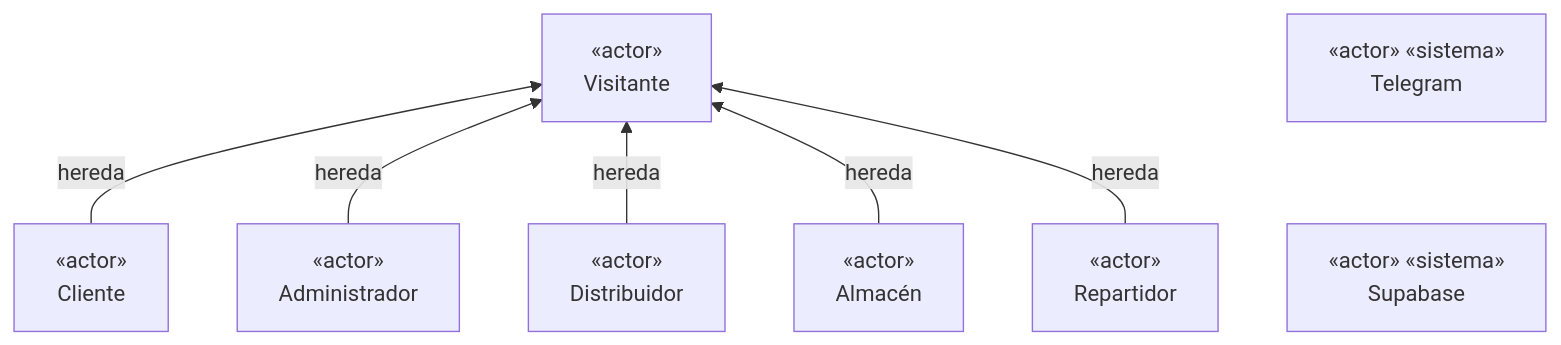
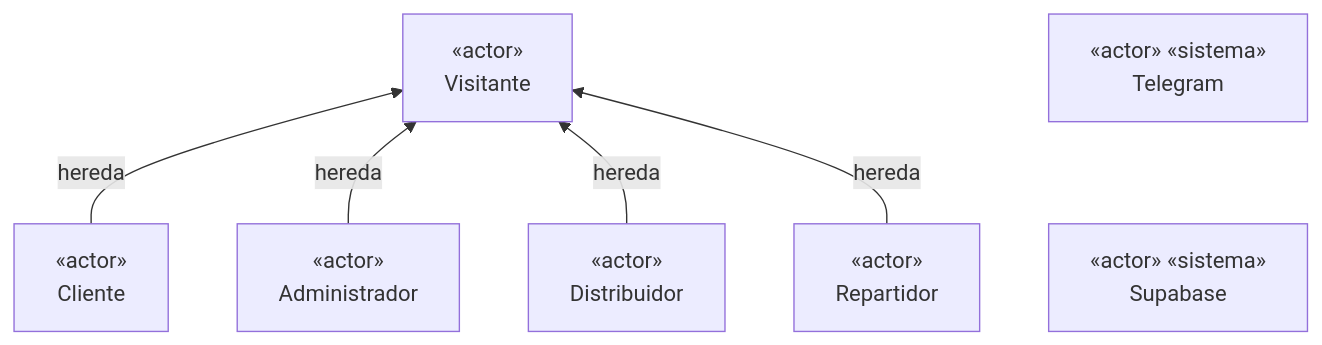
Before and after one commit to Almartinezlima/AML-AgroTech: the first of 9 diagrams in docs/uml/casos-de-uso.md, drawn with Mermaid. The commit also changed other lines of this file and 21 other files, not shown here.

Commit message:
docs(entrega): flujo final 9F en specs (pagos solo QR, preparación del admin, entrega, reparto externo y Telegram), casos de uso, UML, OpenAPI, arquitectura, estado y pruebas

````diff
--- a/docs/uml/casos-de-uso.md
+++ b/docs/uml/casos-de-uso.md
@@ -18,17 +18,15 @@
 ```mermaid
 flowchart BT
   V["«actor»<br/>Visitante"]
   C["«actor»<br/>Cliente"]
   A["«actor»<br/>Administrador"]
   D["«actor»<br/>Distribuidor"]
-  AL["«actor»<br/>Almacén"]
   R["«actor»<br/>Repartidor"]
   S["«actor» «sistema»<br/>Supabase"]
   T["«actor» «sistema»<br/>Telegram"]
   C -->|hereda| V
   A -->|hereda| V
   D -->|hereda| V
-  AL -->|hereda| V
   R -->|hereda| V
   S ~~~ T
 ```
````
